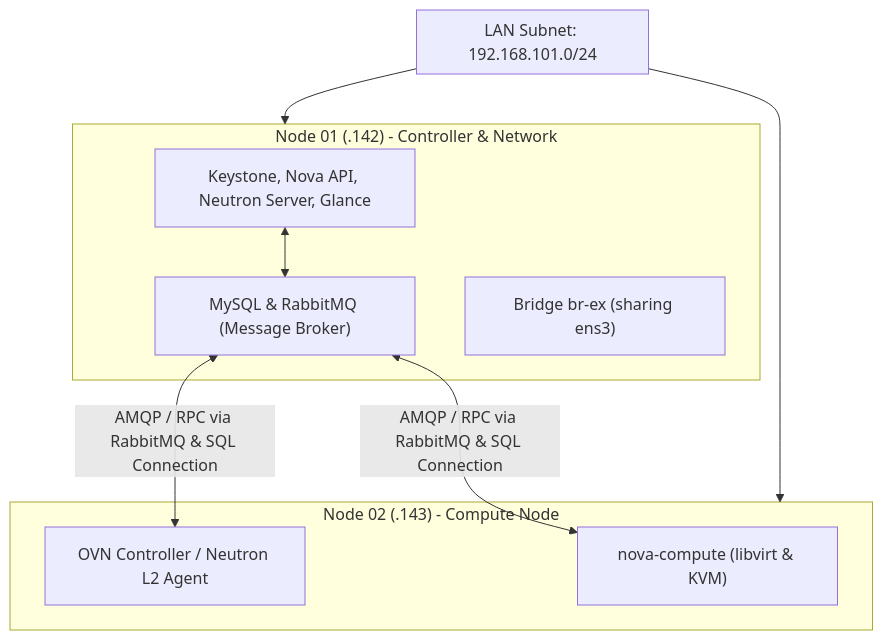
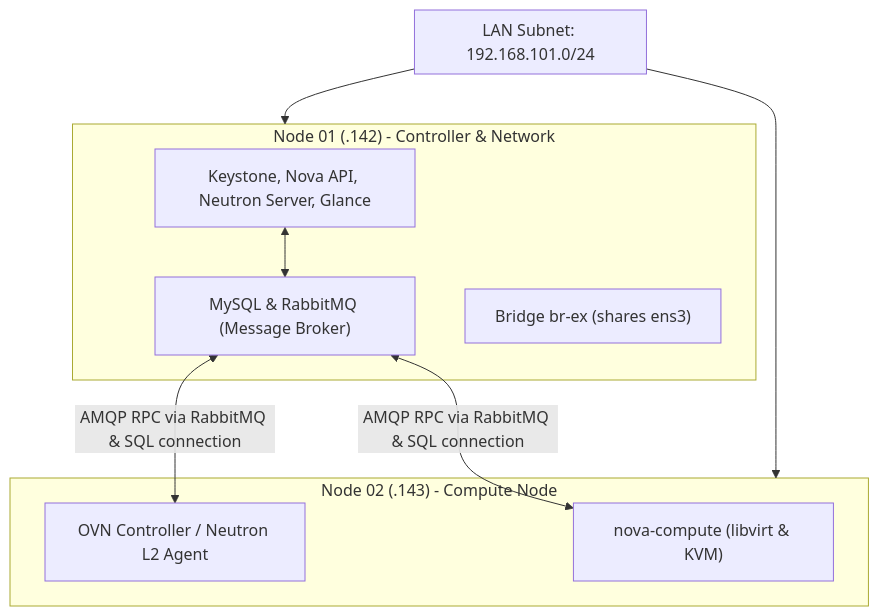
The diagram in architecture.md (AbyanDimas/Opentack-Research), drawn with Mermaid before and after one commit. The commit also changed other lines of this file and 12 other files, not shown here.

````diff
--- a/architecture.md
+++ b/architecture.md
@@ -30,23 +30,23 @@
 ```mermaid
 flowchart TB
     subgraph LAN["LAN Subnet: 192.168.101.0/24"]
         direction TB
     end
 
     subgraph Node1["Node 01 (.142) - Controller & Network"]
         API["Keystone, Nova API, Neutron Server, Glance"]
         DATA["MySQL & RabbitMQ (Message Broker)"]
-        BREX["Bridge br-ex (sharing ens3)"]
+        BREX["Bridge br-ex (shares ens3)"]
     end
 
     subgraph Node2["Node 02 (.143) - Compute Node"]
         COMPUTE["nova-compute (libvirt & KVM)"]
         AGENT["OVN Controller / Neutron L2 Agent"]
     end
 
     LAN --> Node1
     LAN --> Node2
     API <--> DATA
-    DATA <-- "AMQP / RPC via RabbitMQ & SQL Connection" --> AGENT
-    DATA <-- "AMQP / RPC via RabbitMQ & SQL Connection" --> COMPUTE
+    DATA <-- "AMQP RPC via RabbitMQ & SQL connection" --> AGENT
+    DATA <-- "AMQP RPC via RabbitMQ & SQL connection" --> COMPUTE
 ```
````
